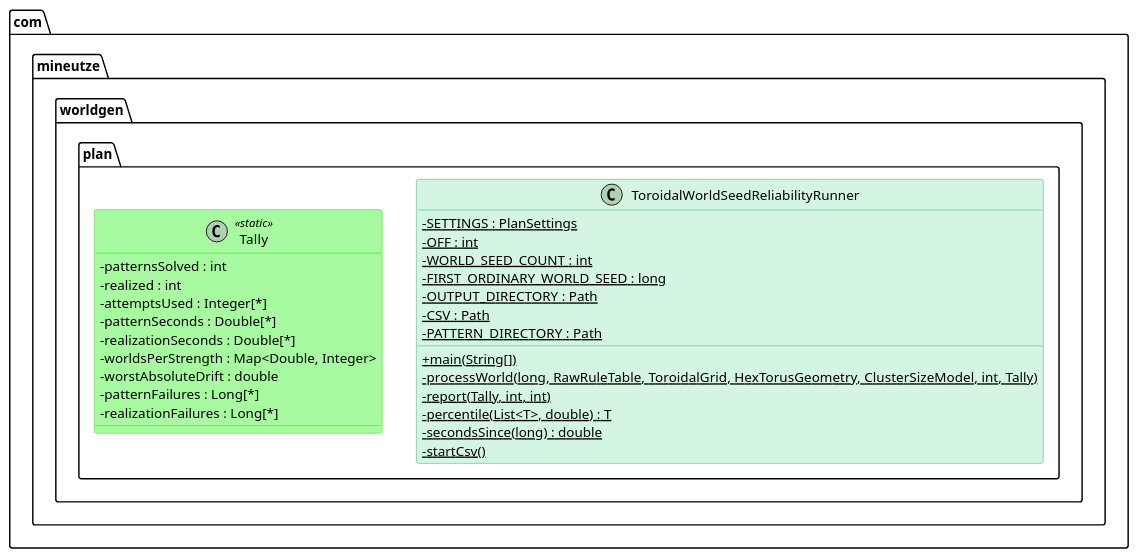
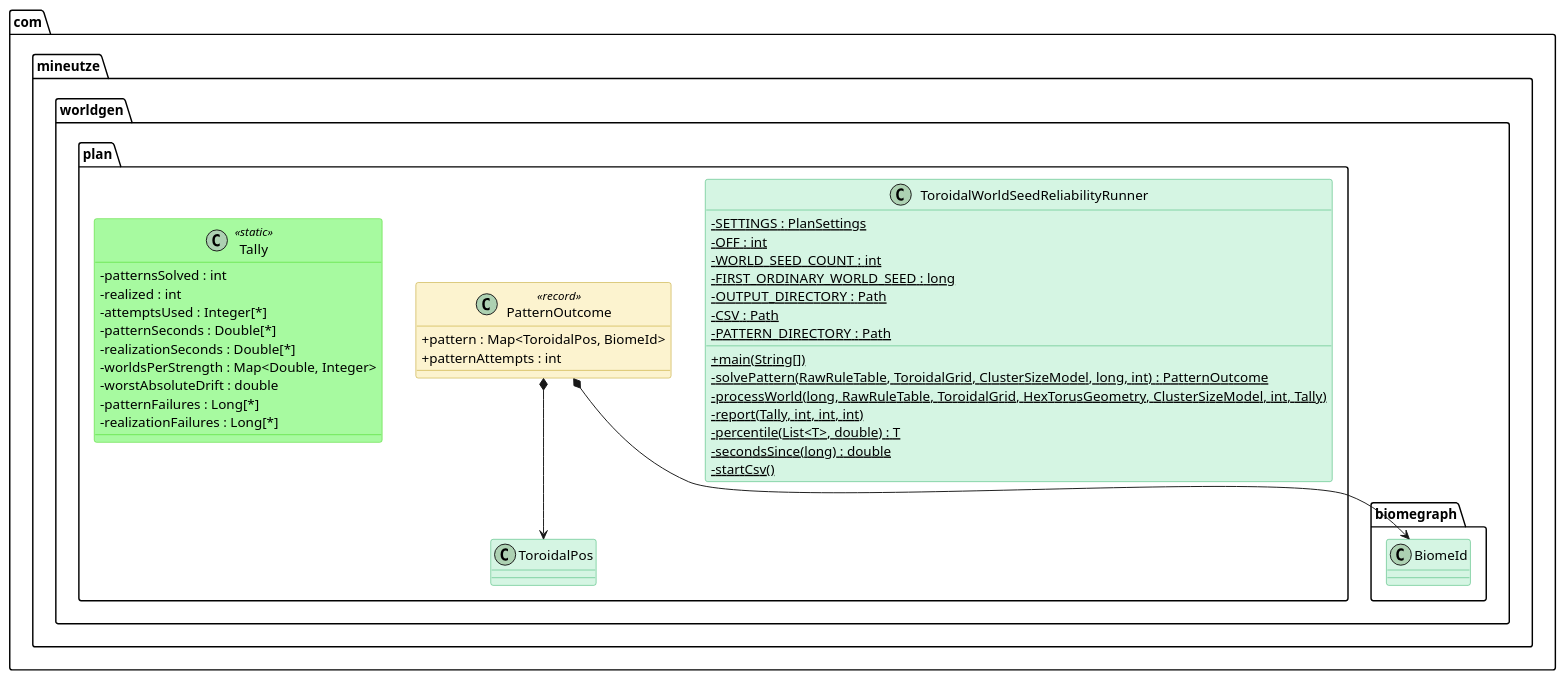
One commit to Boulede987/Mine-Utz changed the diagram in companion-mods/mineutze-worldgen/doc/Modelisation/ClassDiagram/com/mineutze/worldgen/plan/ToroidalWorldSeedReliabilityRunner.puml. Above: the diagram before and after it, drawn with PlantUML. The commit also changed 117 other files, not shown here.

First line of the commit message:
docs(worldgen): regenerate class diagrams from current code

```diff
--- a/companion-mods/mineutze-worldgen/doc/Modelisation/ClassDiagram/com/mineutze/worldgen/plan/ToroidalWorldSeedReliabilityRunner.puml
+++ b/companion-mods/mineutze-worldgen/doc/Modelisation/ClassDiagram/com/mineutze/worldgen/plan/ToroidalWorldSeedReliabilityRunner.puml
@@ -1,61 +1,68 @@
 @startuml ToroidalWorldSeedReliabilityRunner
 
 skinparam classAttributeIconSize 0
 skinparam shadowing false
 
 skinparam class {
   BackgroundColor<<interface>> #D6EAF8
   BorderColor<<interface>> #2E86C1
 }
 skinparam class {
   BackgroundColor<<abstract>> #E8DAEF
   BorderColor<<abstract>> #8E44AD
 }
 skinparam class {
   BackgroundColor #D5F5E3
   BorderColor #27AE60
 }
 skinparam class {
   BackgroundColor<<record>> #FCF3CF
   BorderColor<<record>> #B7950B
 }
 skinparam class {
   BackgroundColor<<static>> #a7faa0
   BorderColor<<static>> #38d610
 }
 skinparam class {
   BackgroundColor<<enum>> #F5B7B1
   BorderColor<<enum>> #C0392B
 }
 
 namespace com.mineutze.worldgen.plan {
 class ToroidalWorldSeedReliabilityRunner {
   - {static} SETTINGS : PlanSettings
   - {static} OFF : int
   - {static} WORLD_SEED_COUNT : int
   - {static} FIRST_ORDINARY_WORLD_SEED : long
   - {static} OUTPUT_DIRECTORY : Path
   - {static} CSV : Path
   - {static} PATTERN_DIRECTORY : Path
   + {static} main(String[])
+  - {static} solvePattern(RawRuleTable, ToroidalGrid, ClusterSizeModel, long, int) : PatternOutcome
   - {static} processWorld(long, RawRuleTable, ToroidalGrid, HexTorusGeometry, ClusterSizeModel, int, Tally)
-  - {static} report(Tally, int, int)
+  - {static} report(Tally, int, int, int)
   - {static} percentile(List<T>, double) : T
   - {static} secondsSince(long) : double
   - {static} startCsv()
+}
+class PatternOutcome <<record>> {
+  + pattern : Map<ToroidalPos, BiomeId>
+  + patternAttempts : int
 }
 class Tally <<static>> {
   - patternsSolved : int
   - realized : int
   - attemptsUsed : Integer[*]
   - patternSeconds : Double[*]
   - realizationSeconds : Double[*]
   - worldsPerStrength : Map<Double, Integer>
   - worstAbsoluteDrift : double
   - patternFailures : Long[*]
   - realizationFailures : Long[*]
 }
 }
 
+com.mineutze.worldgen.plan.PatternOutcome *--> com.mineutze.worldgen.biomegraph.BiomeId
+com.mineutze.worldgen.plan.PatternOutcome *--> com.mineutze.worldgen.plan.ToroidalPos
 
 @enduml
```
